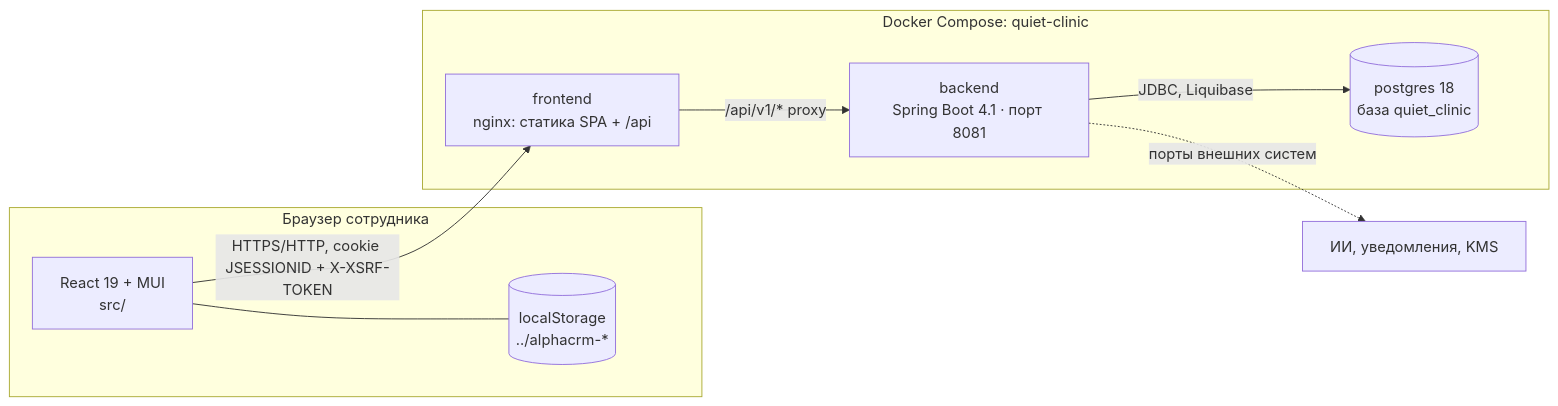
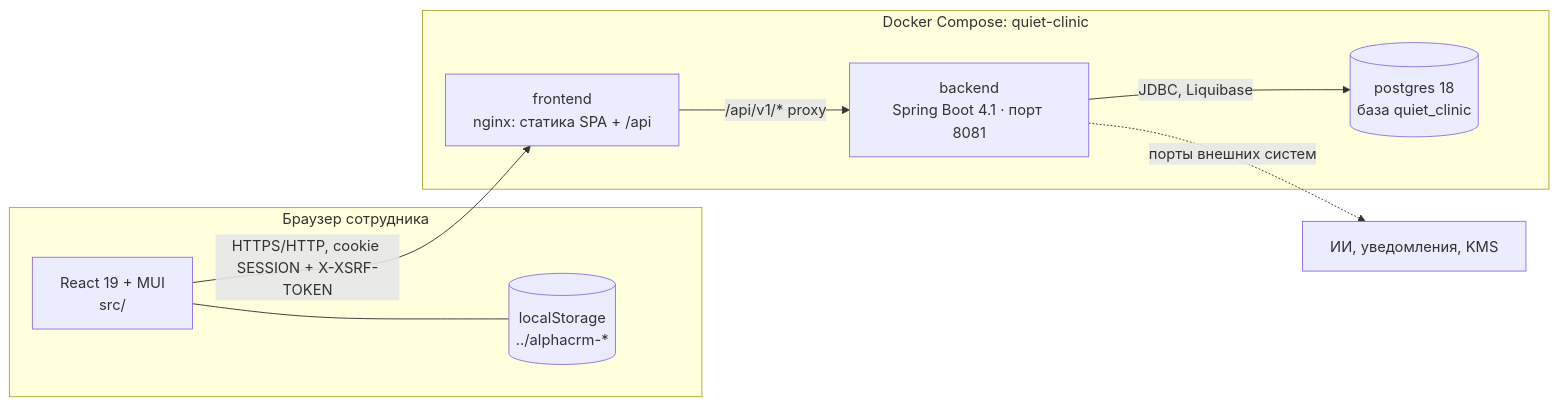
The first of 5 diagrams in docs/architecture.md (IlyaSimis/AlphaCRM), drawn with Mermaid before and after one commit. The commit also changed other lines of this file and 22 other files, not shown here.

````diff
--- a/docs/architecture.md
+++ b/docs/architecture.md
@@ -23,17 +23,17 @@
 ```mermaid
 flowchart LR
     subgraph Browser["Браузер сотрудника"]
         SPA["React 19 + MUI<br/>src/"]
         LS[("localStorage<br/>../alphacrm-*")]
     end
     subgraph Docker["Docker Compose: quiet-clinic"]
         NGINX["frontend<br/>nginx: статика SPA + /api"]
         API["backend<br/>Spring Boot 4.1 · порт 8081"]
         PG[("postgres 18<br/>база quiet_clinic")]
     end
-    SPA -- "HTTPS/HTTP, cookie JSESSIONID + X-XSRF-TOKEN" --> NGINX
+    SPA -- "HTTPS/HTTP, cookie SESSION + X-XSRF-TOKEN" --> NGINX
     NGINX -- "/api/v1/* proxy" --> API
     API -- "JDBC, Liquibase" --> PG
     SPA --- LS
     API -. "порты внешних систем" .-> EXT["ИИ, уведомления, KMS"]
 ```
````
